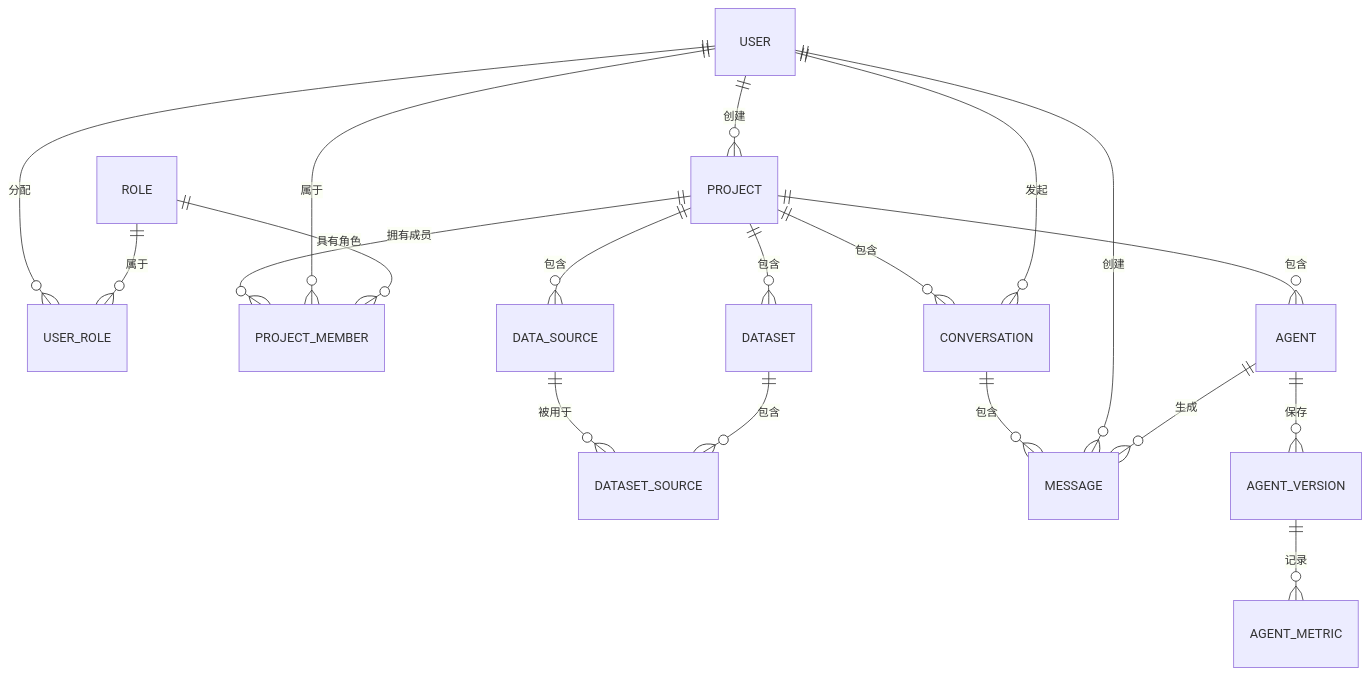
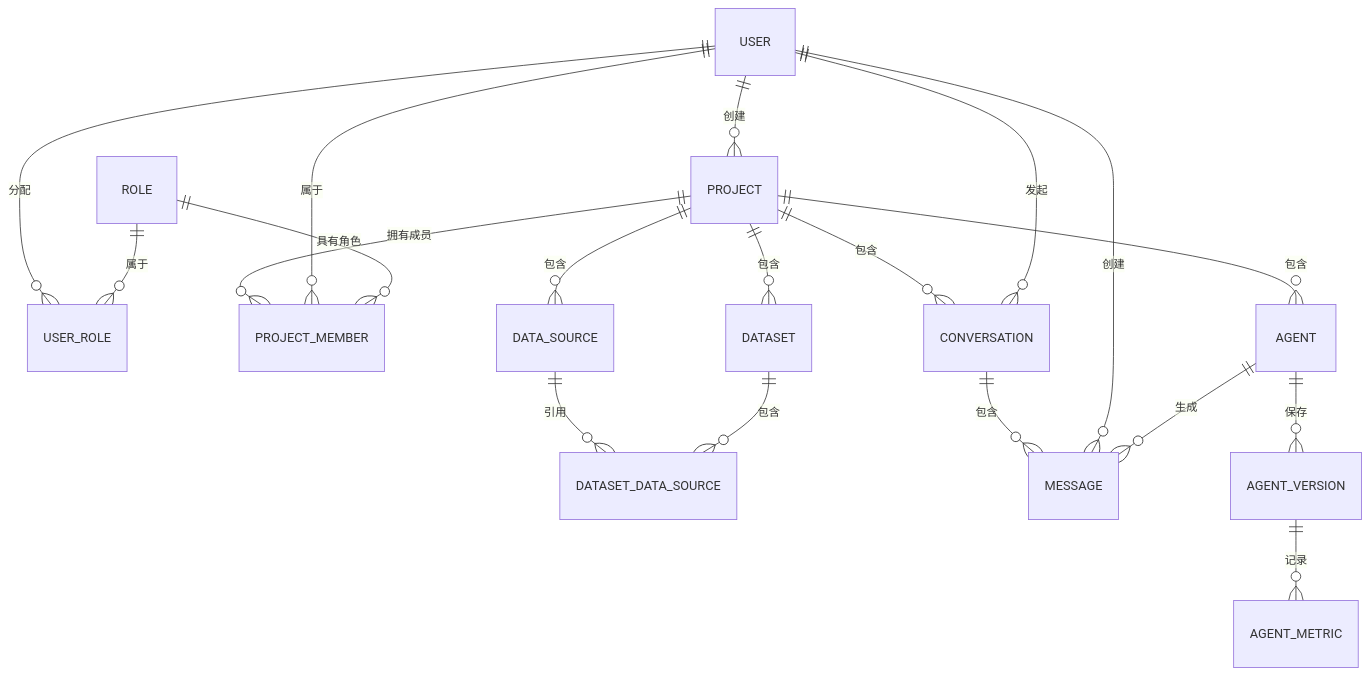
Diagram 13 of 19 in docs/PRD.md (carmhuo/kiwi-agent), drawn with Mermaid before and after one commit. The commit also changed other lines of this file and 1 other file, not shown here.

````diff
--- a/docs/PRD.md
+++ b/docs/PRD.md
@@ -459,21 +643,21 @@
 ```mermaid
 erDiagram
     USER ||--o{ USER_ROLE: "分配"
     ROLE ||--o{ USER_ROLE: "属于"
     USER ||--o{ PROJECT: "创建"
     PROJECT ||--o{ PROJECT_MEMBER: "拥有成员"
     USER ||--o{ PROJECT_MEMBER: "属于"
     ROLE ||--o{ PROJECT_MEMBER: "具有角色"
     PROJECT ||--o{ DATA_SOURCE: "包含"
-    DATA_SOURCE ||--o{ DATASET_SOURCE: "被用于"
-    DATASET ||--o{ DATASET_SOURCE: "包含"
+    DATA_SOURCE ||--o{ DATASET_DATA_SOURCE: "引用"
+    DATASET ||--o{ DATASET_DATA_SOURCE: "包含"
     PROJECT ||--o{ DATASET: "包含"
     PROJECT ||--o{ AGENT: "包含"
     PROJECT ||--o{ CONVERSATION: "包含"
     USER ||--o{ CONVERSATION: "发起"
     CONVERSATION ||--o{ MESSAGE: "包含"
     USER ||--o{ MESSAGE: "创建"
     AGENT ||--o{ MESSAGE: "生成"
     AGENT ||--o{ AGENT_VERSION: "保存"
     AGENT_VERSION ||--o{ AGENT_METRIC: "记录"
 ```
````
